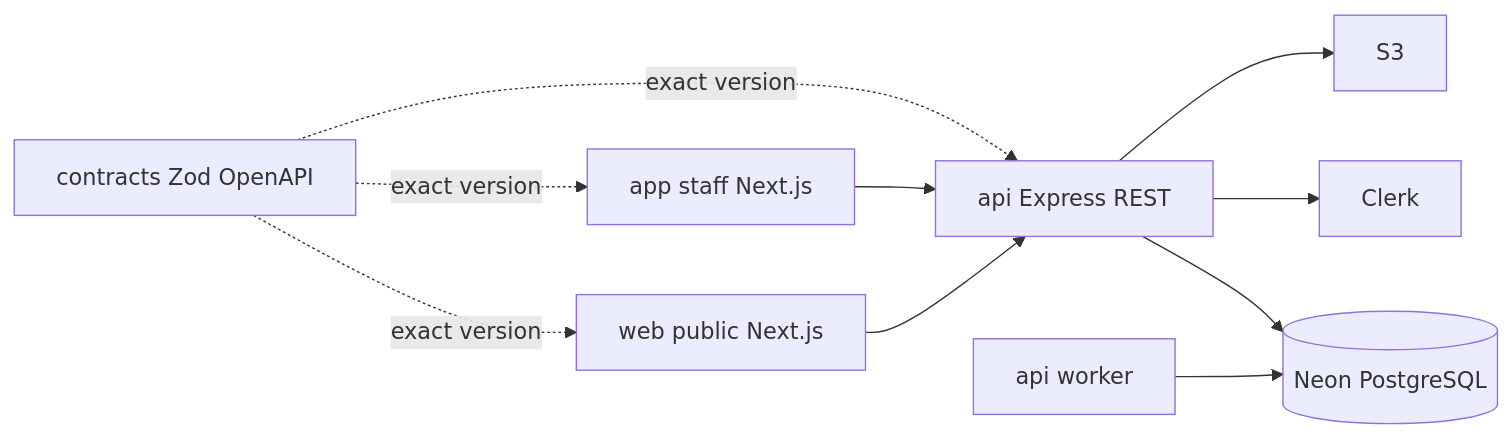
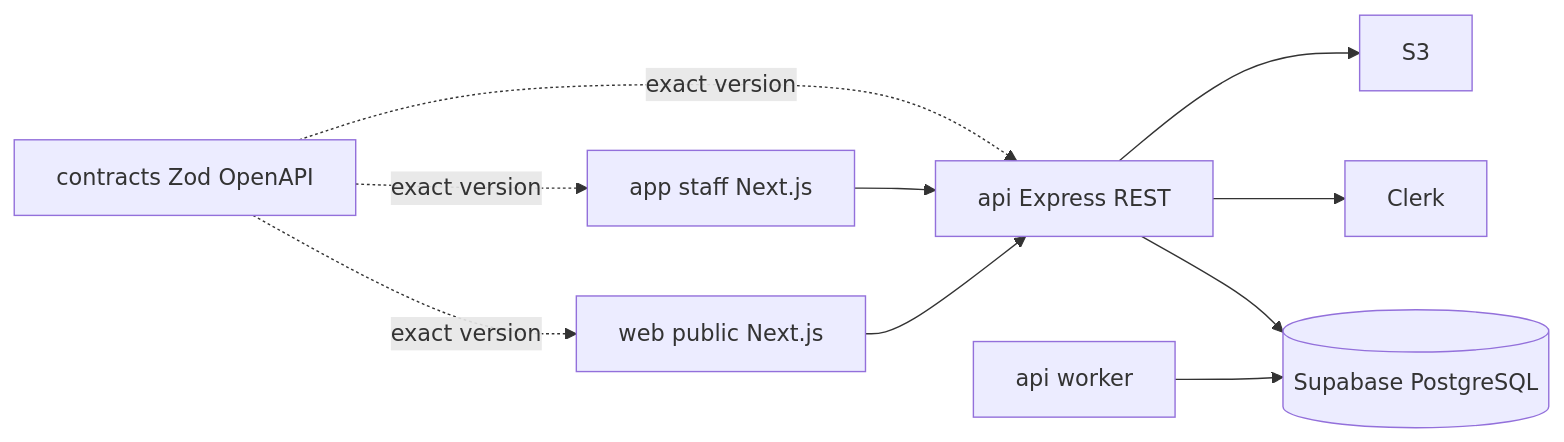
One commit to Drezivo/drezivo changed the diagram in docs/second-brain/02-Architecture/Drezivo Architecture.md. Above: the diagram before and after it, drawn with Mermaid. The commit also changed other lines of this file and 33 other files, not shown here.

First line of the commit message:
docs(db): replace Neon guidance with Supabase

````diff
--- a/docs/second-brain/02-Architecture/Drezivo Architecture.md
+++ b/docs/second-brain/02-Architecture/Drezivo Architecture.md
@@ -12,12 +13,12 @@
 ```mermaid
 flowchart LR
   web[web public Next.js] --> api[api Express REST]
   app[app staff Next.js] --> api
   contracts[contracts Zod OpenAPI] -. exact version .-> web
   contracts -. exact version .-> app
   contracts -. exact version .-> api
-  api --> neon[(Neon PostgreSQL)]
+  api --> supabase[(Supabase PostgreSQL)]
   api --> clerk[Clerk]
   api --> s3[S3]
-  worker[api worker] --> neon
+  worker[api worker] --> supabase
 ```
````
